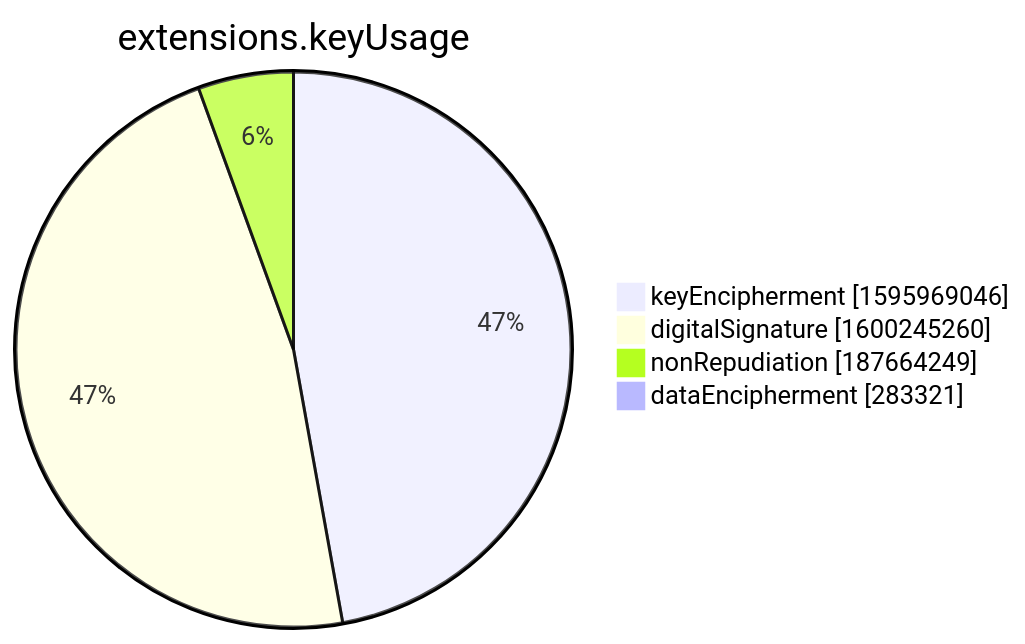
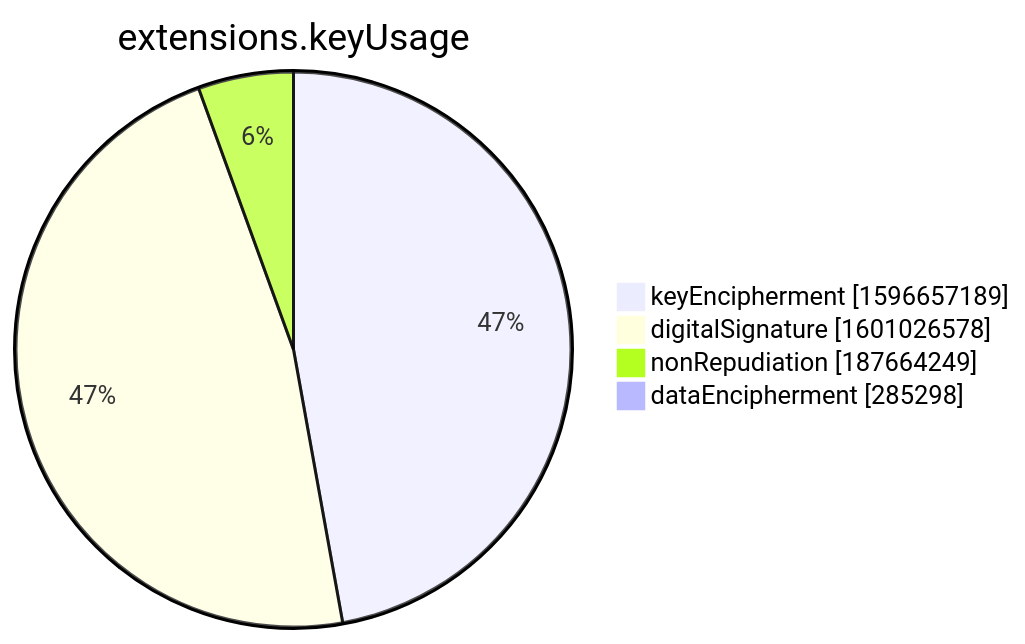
Before and after one commit to christiankrug/ctmonitor_visualization: the seventh of 15 diagrams in xenon2022/README.md, drawn with Mermaid. The commit also changed other lines of this file, not shown here.

````diff
--- a/xenon2022/README.md
+++ b/xenon2022/README.md
@@ -2854,8 +2854,8 @@
 ```mermaid
 pie showData
 title extensions.keyUsage
-"keyEncipherment" :1595969046
-"digitalSignature" :1600245260
+"keyEncipherment" :1596657189
+"digitalSignature" :1601026578
 "nonRepudiation" :187664249
-"dataEncipherment" :283321
+"dataEncipherment" :285298
 ```
````
